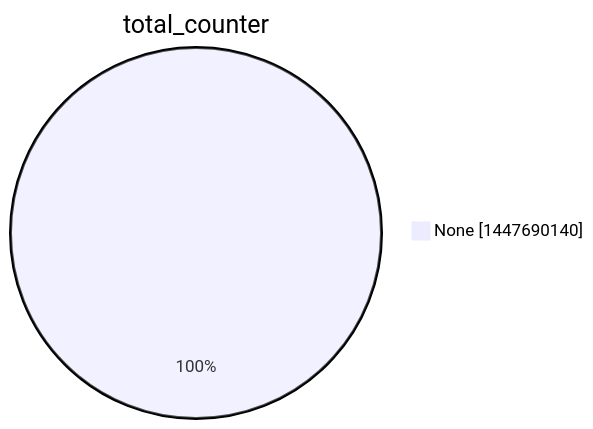
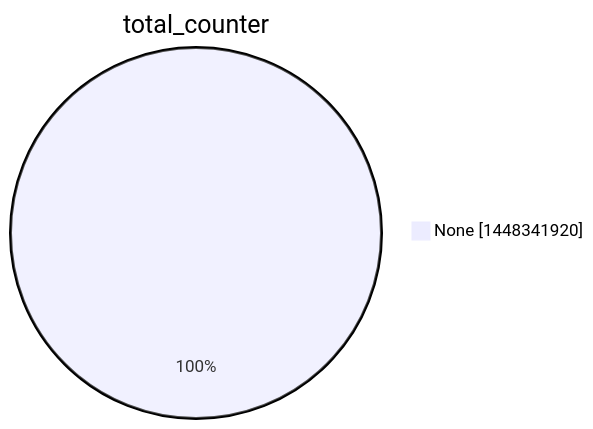
Before and after one commit to christiankrug/ctmonitor_visualization: the second of 15 diagrams in argon2022/README.md, drawn with Mermaid. The commit also changed other lines of this file, not shown here.

````diff
--- a/argon2022/README.md
+++ b/argon2022/README.md
@@ -9,5 +9,5 @@
 ```mermaid
 pie showData
 title total_counter
-"None" :1447690140
+"None" :1448341920
 ```
````
